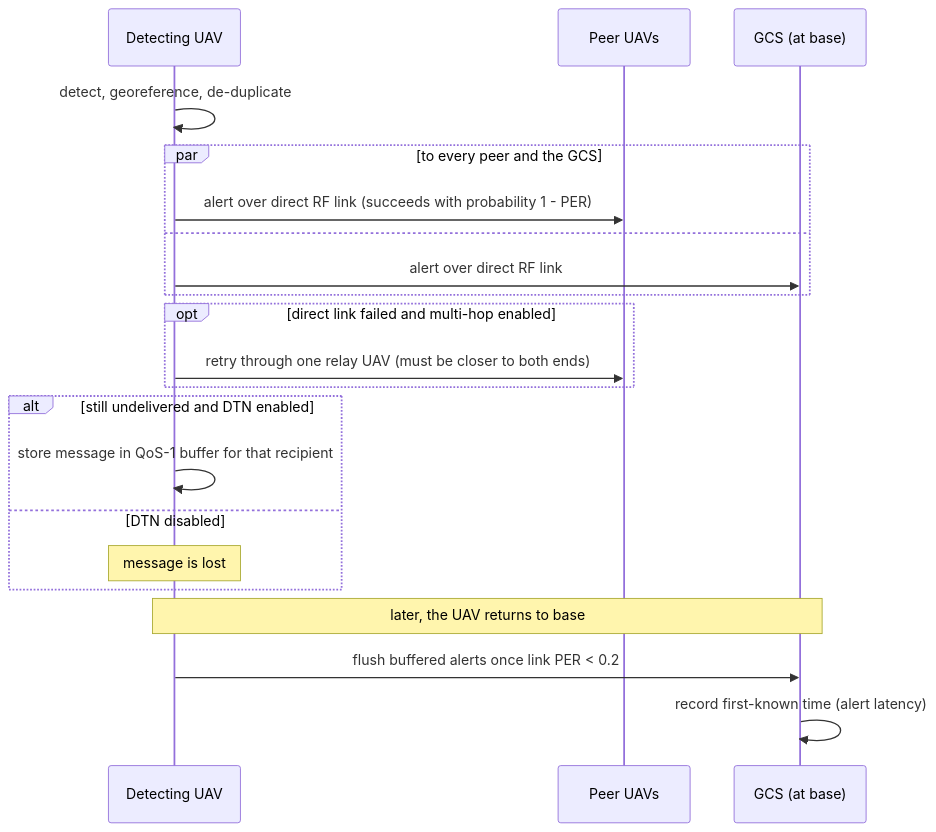
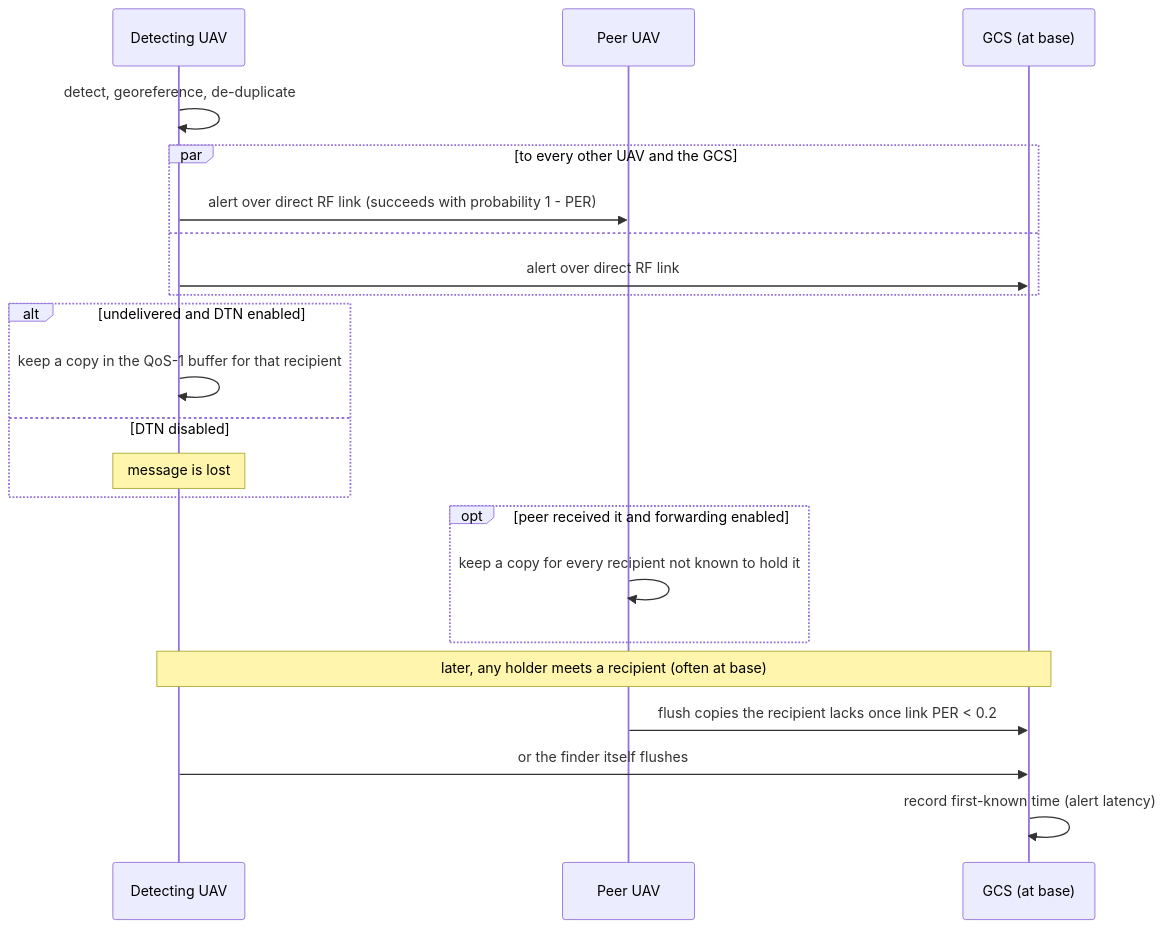
The fifth of 9 diagrams in docs/ARCHITECTURE_PROPOSAL.md (CodeWithDevesh/FlyNetSim), drawn with Mermaid before and after one commit. The commit also changed other lines of this file and 17 other files, not shown here.

First line of the commit message:
feat: decentralize swarm control (per-UAV views, beacons, claims, lease-based failover) and add store-carry-forward alert relaying

````diff
--- a/docs/ARCHITECTURE_PROPOSAL.md
+++ b/docs/ARCHITECTURE_PROPOSAL.md
@@ -136,24 +136,25 @@
 ```mermaid
 sequenceDiagram
   participant U as Detecting UAV
-  participant P as Peer UAVs
+  participant P as Peer UAV
   participant G as GCS (at base)
 
   U->>U: detect, georeference, de-duplicate
-  par to every peer and the GCS
+  par to every other UAV and the GCS
     U->>P: alert over direct RF link (succeeds with probability 1 - PER)
   and
     U->>G: alert over direct RF link
   end
-  opt direct link failed and multi-hop enabled
-    U->>P: retry through one relay UAV (must be closer to both ends)
-  end
-  alt still undelivered and DTN enabled
-    U->>U: store message in QoS-1 buffer for that recipient
+  alt undelivered and DTN enabled
+    U->>U: keep a copy in the QoS-1 buffer for that recipient
   else DTN disabled
     Note over U: message is lost
   end
-  Note over U,G: later, the UAV returns to base
-  U->>G: flush buffered alerts once link PER < 0.2
+  opt peer received it and forwarding enabled
+    P->>P: keep a copy for every recipient not known to hold it
+  end
+  Note over U,G: later, any holder meets a recipient (often at base)
+  P->>G: flush copies the recipient lacks once link PER < 0.2
+  U->>G: or the finder itself flushes
   G->>G: record first-known time (alert latency)
 ```
````
